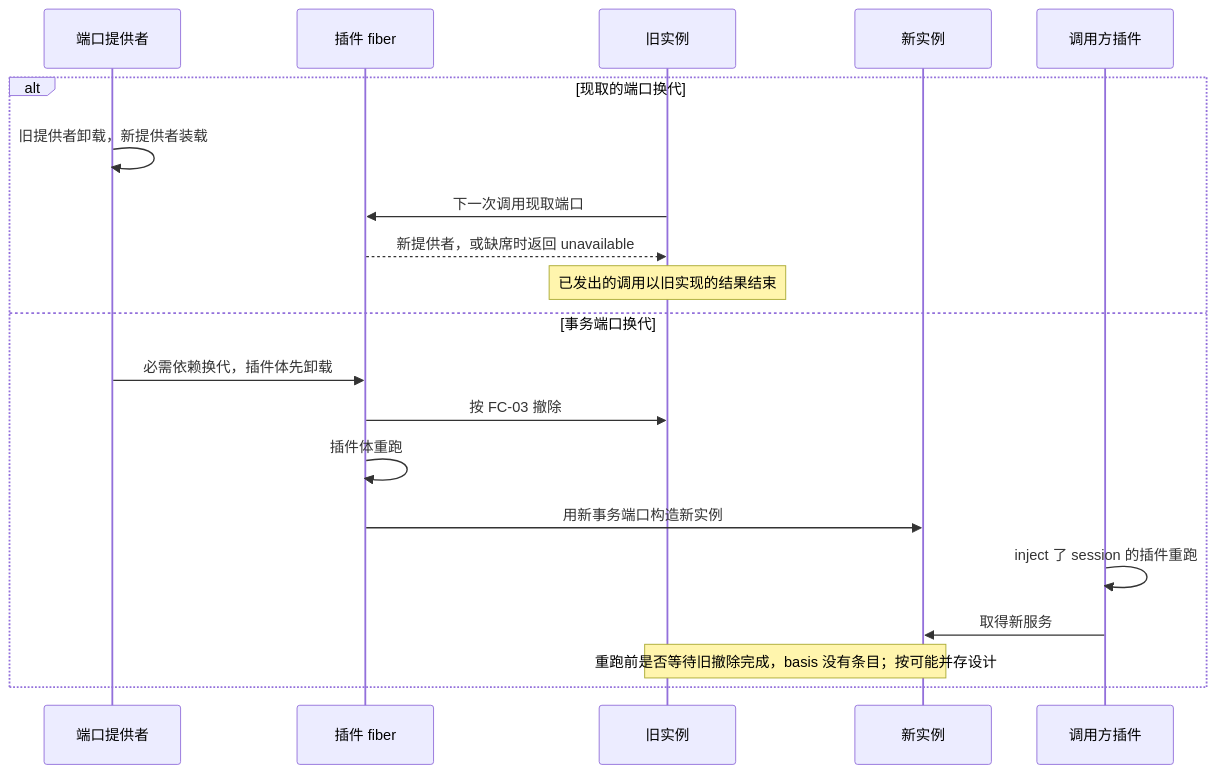
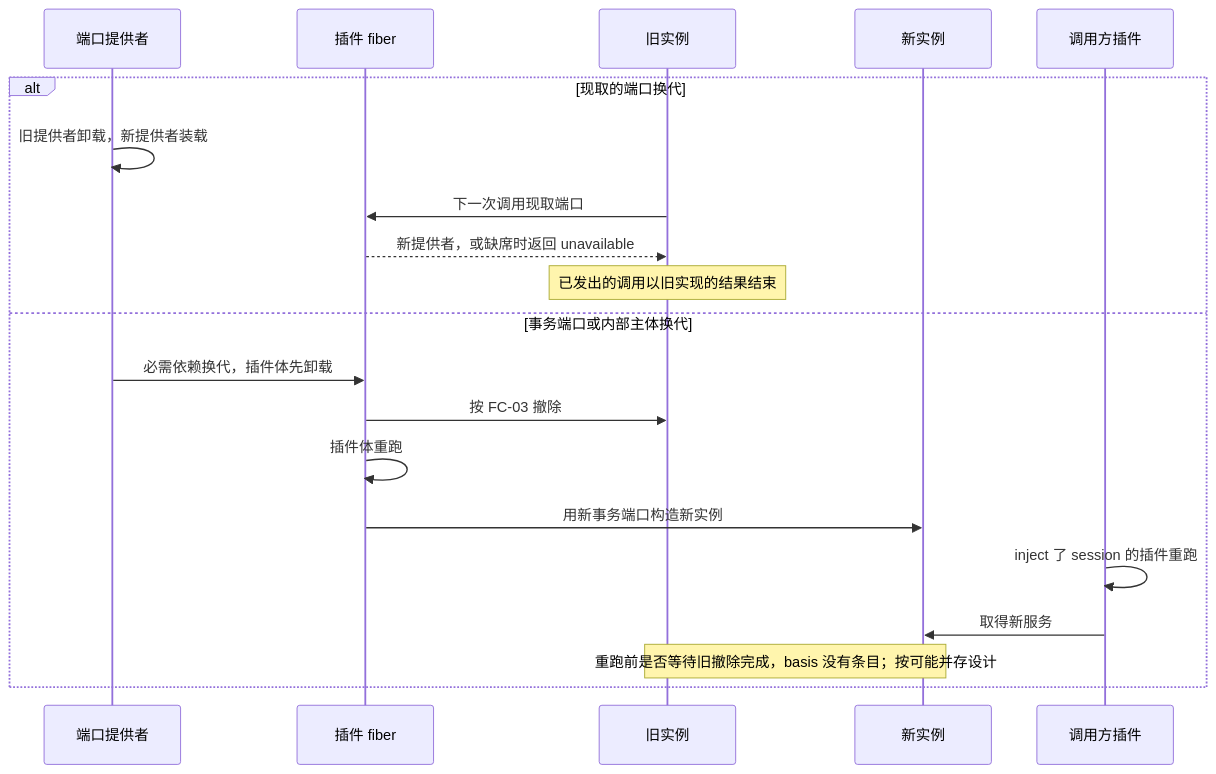
Before and after one commit to nemori-ai/omne-harness-lite: the second of 4 diagrams in packages/session/session-cordis/docs/flows.md, drawn with Mermaid. The commit also changed other lines of this file and 14 other files, not shown here.

````diff
--- a/packages/session/session-cordis/docs/flows.md
+++ b/packages/session/session-cordis/docs/flows.md
@@ -53,22 +53,22 @@
 ```mermaid
 sequenceDiagram
   participant P as 端口提供者
   participant F as 插件 fiber
   participant I as 旧实例
   participant N as 新实例
   participant L as 调用方插件
   alt 现取的端口换代
     P->>P: 旧提供者卸载，新提供者装载
     I->>F: 下一次调用现取端口
     F-->>I: 新提供者，或缺席时返回 unavailable
     Note over I: 已发出的调用以旧实现的结果结束
-  else 事务端口换代
+  else 事务端口或内部主体换代
     P->>F: 必需依赖换代，插件体先卸载
     F->>I: 按 FC-03 撤除
     F->>F: 插件体重跑
     F->>N: 用新事务端口构造新实例
     L->>L: inject 了 session 的插件重跑
     L->>N: 取得新服务
     Note over I,N: 重跑前是否等待旧撤除完成，basis 没有条目；按可能并存设计
   end
 ```
````
